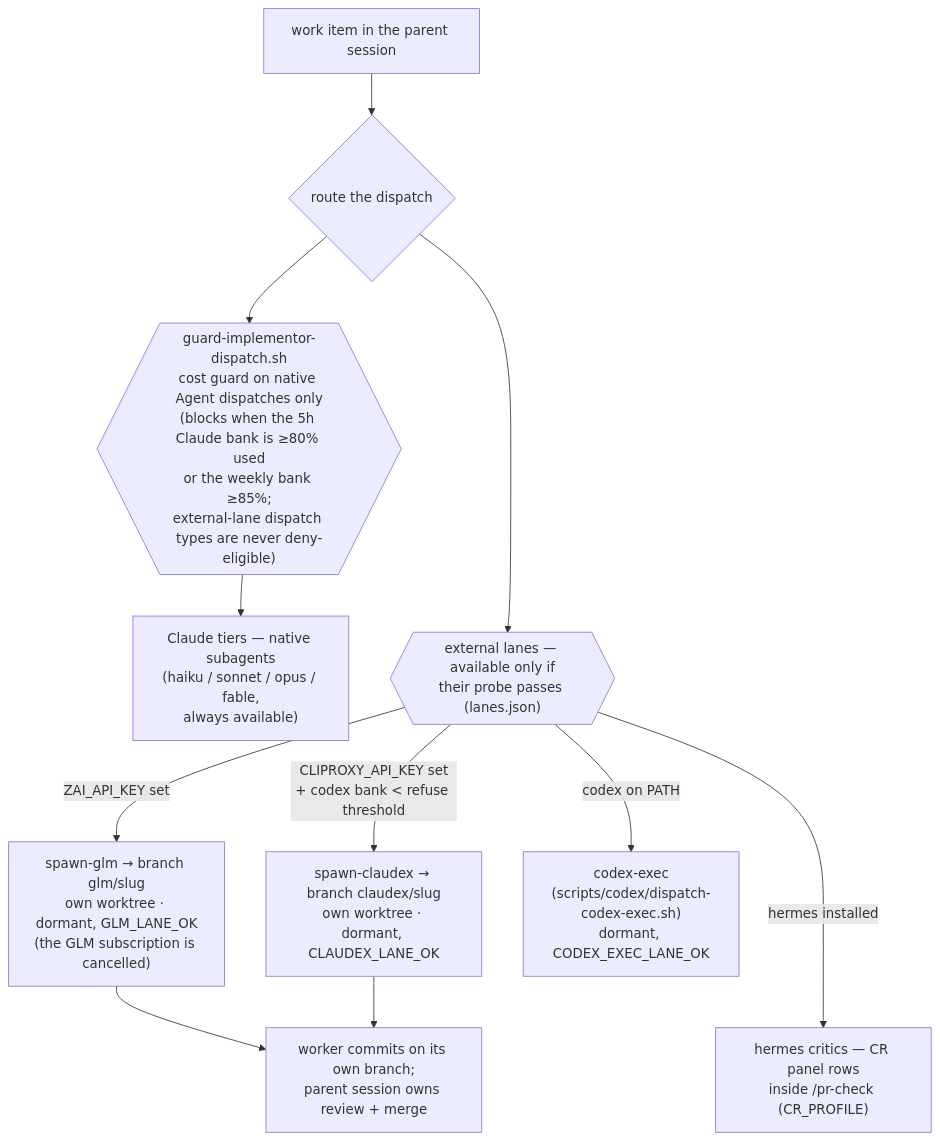
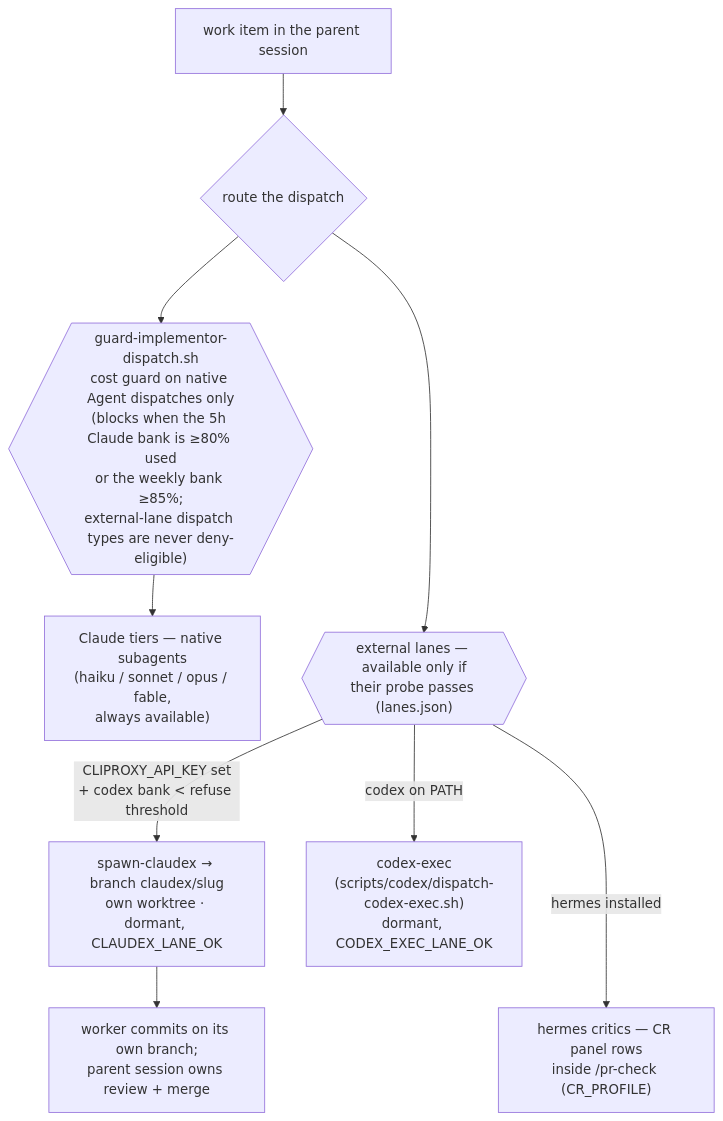
Before and after one commit to yotamleo-org/Himmel: the fourth of 4 diagrams in docs/configuration.md, drawn with Mermaid. The commit also changed other lines of this file and 2 other files, not shown here.

First line of the commit message:
docs: [HIMMEL-7481] configuration, architecture and end-session-wiki name only what is true today

````diff
--- a/docs/configuration.md
+++ b/docs/configuration.md
@@ -276,15 +278,13 @@
 ```mermaid
 flowchart TD
     WORK["work item in the parent session"] --> ROUTE{"route the dispatch"}
     ROUTE --> GUARD{{"guard-implementor-dispatch.sh<br/>cost guard on native Agent dispatches only<br/>(blocks when the 5h Claude bank is ≥80% used<br/>or the weekly bank ≥85%;<br/>external-lane dispatch types are never deny-eligible)"}}
     GUARD --> TIER["Claude tiers — native subagents<br/>(haiku / sonnet / opus / fable,<br/>always available)"]
     ROUTE --> EXT{{"external lanes — available only if<br/>their probe passes (lanes.json)"}}
-    EXT -->|"ZAI_API_KEY set"| GLM["spawn-glm → branch glm/slug<br/>own worktree · dormant, GLM_LANE_OK<br/>(the GLM subscription is cancelled)"]
     EXT -->|"CLIPROXY_API_KEY set<br/>+ codex bank < refuse threshold"| CLX["spawn-claudex → branch claudex/slug<br/>own worktree · dormant, CLAUDEX_LANE_OK"]
     EXT -->|"codex on PATH"| CDX["codex-exec<br/>(scripts/codex/dispatch-codex-exec.sh)<br/>dormant, CODEX_EXEC_LANE_OK"]
     EXT -->|"hermes installed"| HRM["hermes critics — CR panel rows<br/>inside /pr-check (CR_PROFILE)"]
     CDX ~~~ HRM
     GUARD ~~~ EXT
-    GLM --> BACK["worker commits on its own branch;<br/>parent session owns review + merge"]
-    CLX --> BACK
+    CLX --> BACK["worker commits on its own branch;<br/>parent session owns review + merge"]
 ```
````
